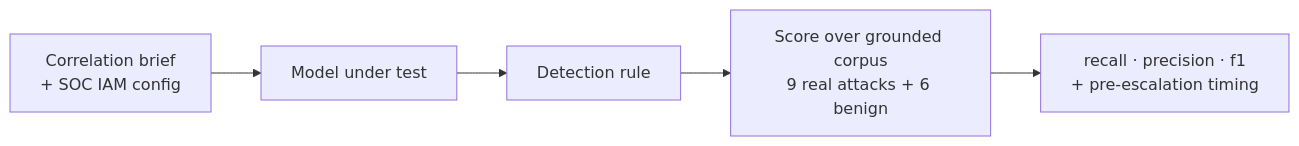
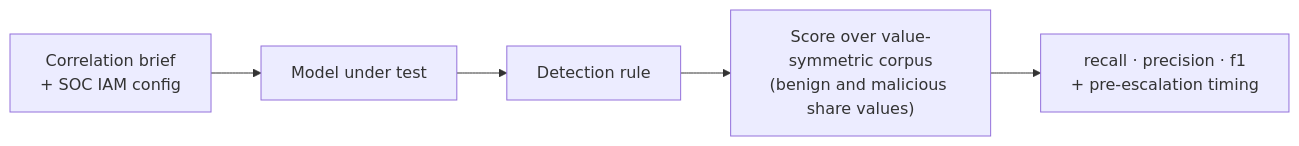
Before and after one commit to navingate/promptfoo: the fifth of 5 diagrams in plugins/cyber/README.md, drawn with Mermaid. The commit also changed other lines of this file and 1 other file, not shown here.

````diff
--- a/plugins/cyber/README.md
+++ b/plugins/cyber/README.md
@@ -138,7 +139,7 @@
 ```mermaid
 flowchart LR
   Brief["Correlation brief<br/>+ SOC IAM config"] --> Mdl["Model under test"]
   Mdl --> Rule["Detection rule"]
-  Rule --> Grd["Score over grounded corpus<br/>9 real attacks + 6 benign"]
+  Rule --> Grd["Score over value-symmetric corpus<br/>(benign and malicious share values)"]
   Grd --> Outp["recall · precision · f1<br/>+ pre-escalation timing"]
 ```
````
